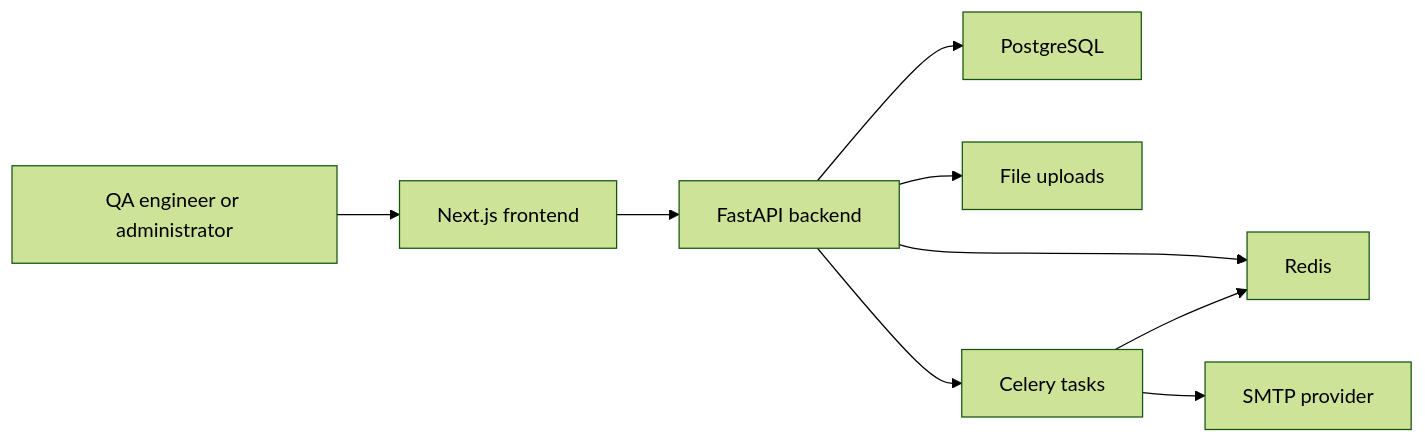
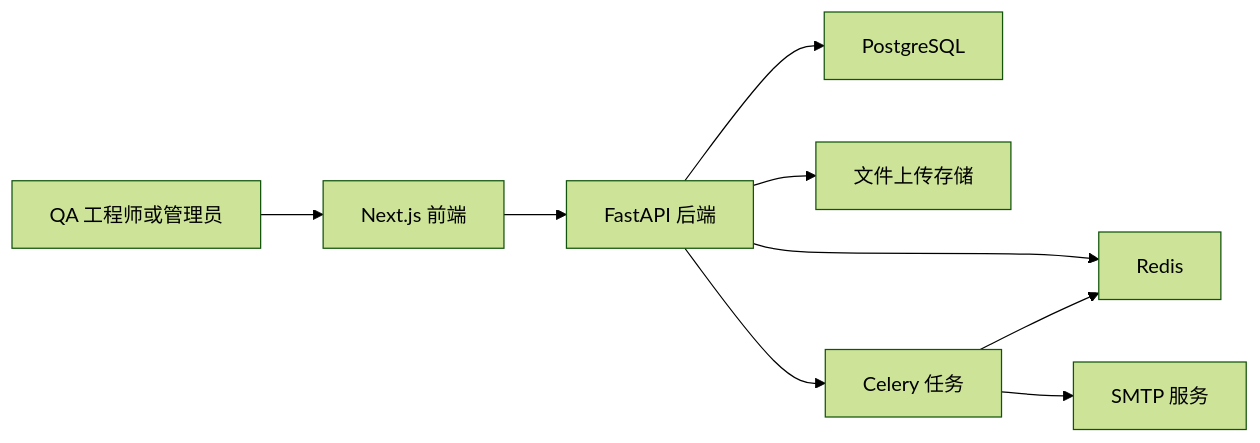
The diagram in qa-knowledge-platform/docs/architecture.md (gradient30/knowedgeQA), drawn with Mermaid (forest theme) before and after one commit. The commit also changed other lines of this file and 10 other files, not shown here.

````diff
--- a/qa-knowledge-platform/docs/architecture.md
+++ b/qa-knowledge-platform/docs/architecture.md
@@ -7,11 +7,11 @@
 ```mermaid
 flowchart LR
-  User["QA engineer or administrator"] --> Frontend["Next.js frontend"]
-  Frontend --> API["FastAPI backend"]
+  User["QA 工程师或管理员"] --> Frontend["Next.js 前端"]
+  Frontend --> API["FastAPI 后端"]
   API --> Postgres["PostgreSQL"]
   API --> Redis["Redis"]
-  API --> Uploads["File uploads"]
-  API --> Celery["Celery tasks"]
+  API --> Uploads["文件上传存储"]
+  API --> Celery["Celery 任务"]
   Celery --> Redis
-  Celery --> SMTP["SMTP provider"]
+  Celery --> SMTP["SMTP 服务"]
 ```
````
